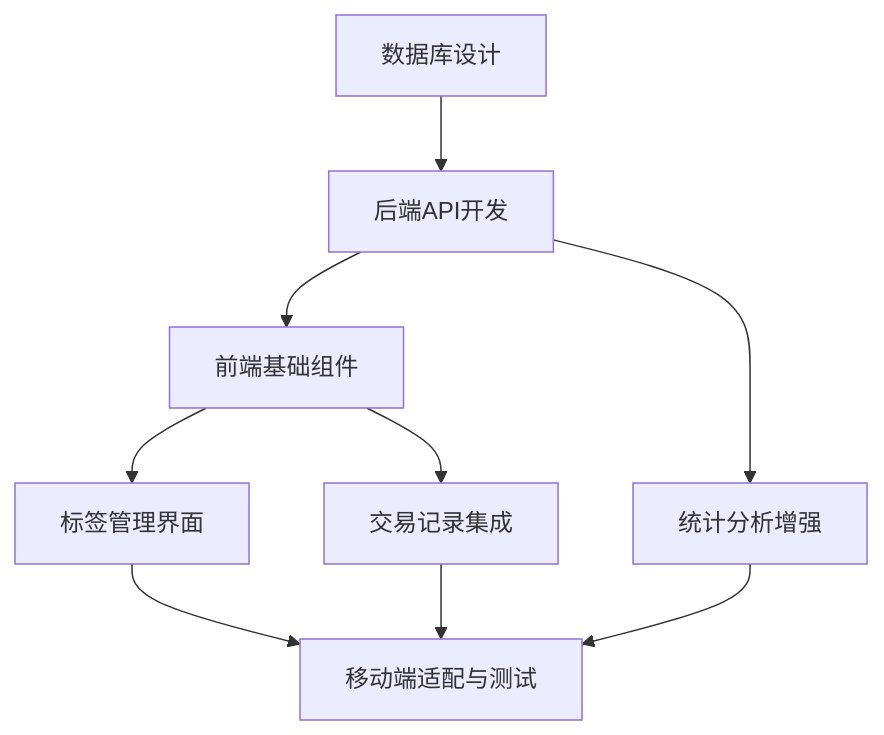
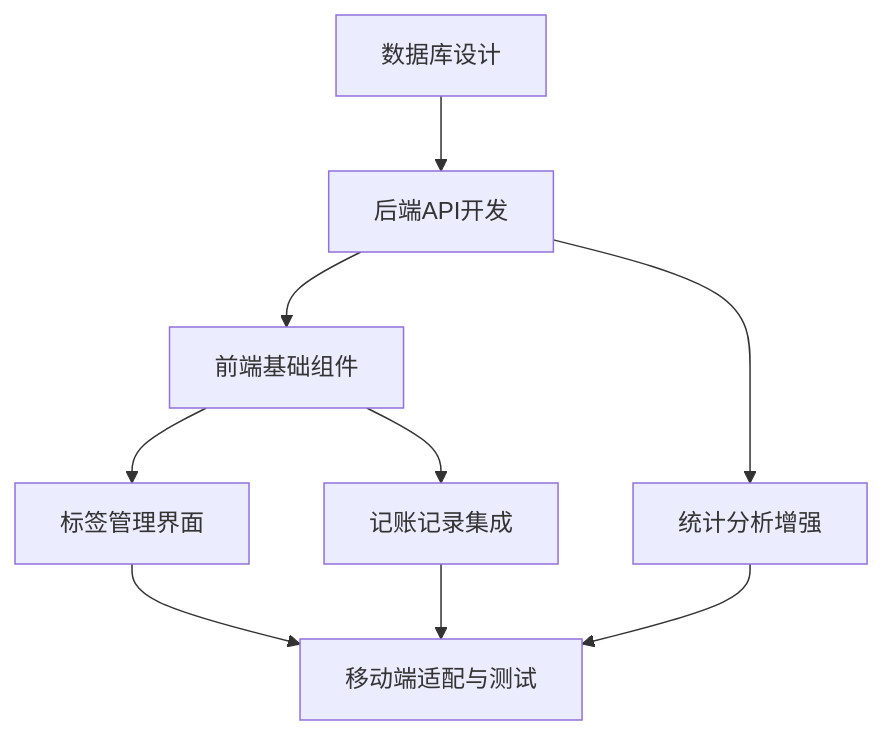
Before and after one commit to zj591227045/zhiweijz: the diagram in docs/tags/implementation-plan.md, drawn with Mermaid. The commit also changed other lines of this file and 306 other files, not shown here.

````diff
--- a/docs/tags/implementation-plan.md
+++ b/docs/tags/implementation-plan.md
@@ -248,11 +248,11 @@
 ```mermaid
 graph TD
     A[数据库设计] --> B[后端API开发]
     B --> C[前端基础组件]
     C --> D[标签管理界面]
-    C --> E[交易记录集成]
+    C --> E[记账记录集成]
     B --> F[统计分析增强]
     D --> G[移动端适配与测试]
     E --> G
     F --> G
 ```
````
